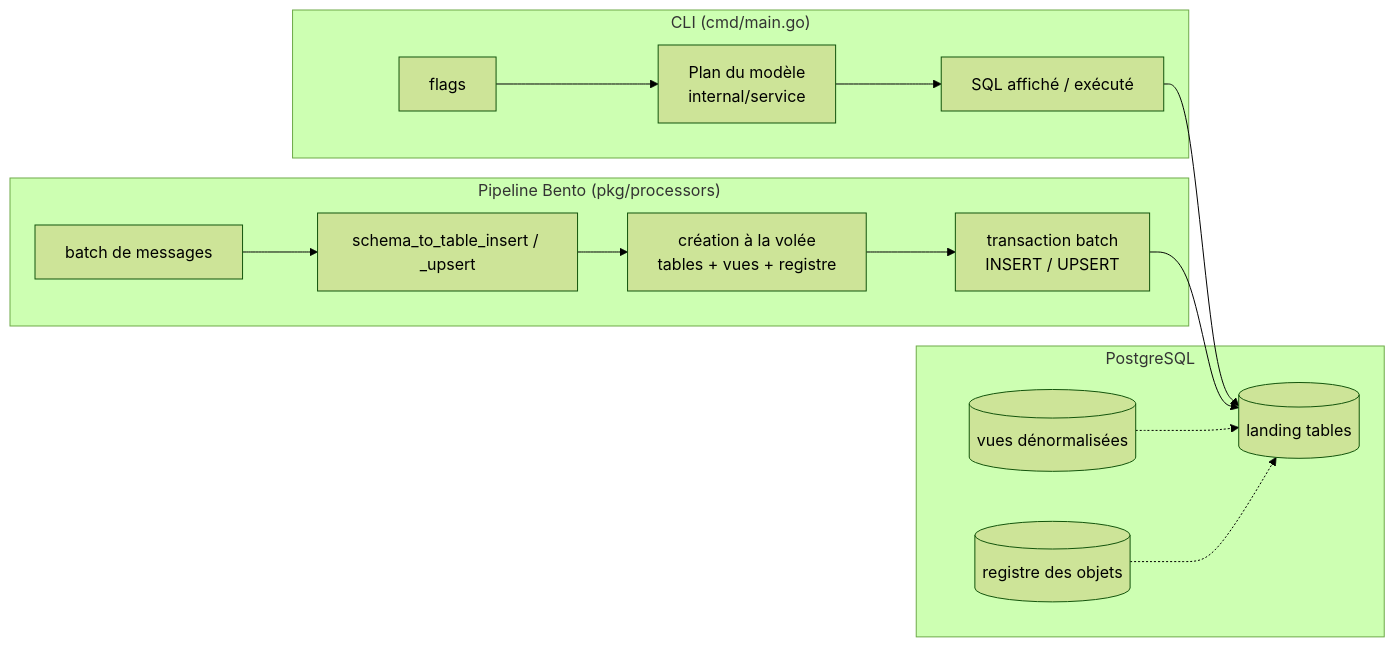
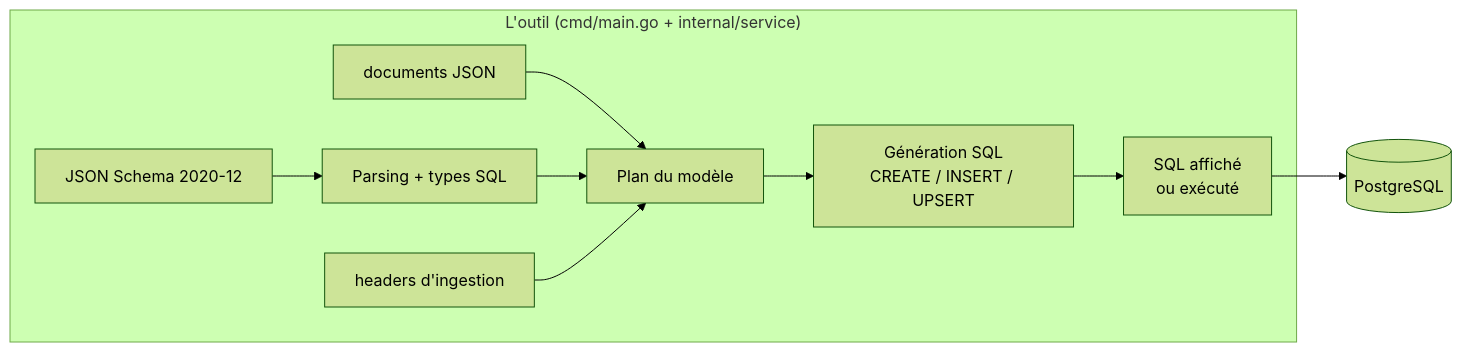
Before and after one commit to laurentpoirierfr/schema-to-table: the diagram in README.md, drawn with Mermaid (forest theme). The commit also changed other lines of this file and 1 other file, not shown here.

Commit message:
init project

````diff
--- a/README.md
+++ b/README.md
@@ -141,21 +141,12 @@
 ```mermaid
 flowchart LR
-    subgraph CLI["CLI (cmd/main.go)"]
-        flags --> plan[Plan du modèle<br/>internal/service]
-        plan --> sql[SQL affiché / exécuté]
+    subgraph Tool["L'outil (cmd/main.go + internal/service)"]
+        schema[JSON Schema 2020-12] --> parse[Parsing + types SQL]
+        data[documents JSON] --> plan[Plan du modèle]
+        parse --> plan
+        headers[headers d'ingestion] --> plan
+        plan --> render[Génération SQL<br/>CREATE / INSERT / UPSERT]
+        render --> out[SQL affiché<br/>ou exécuté]
     end
-    subgraph Bento["Pipeline Bento (pkg/processors)"]
-        batch[batch de messages] --> proc[schema_to_table_insert / _upsert]
-        proc --> lazycreate[création à la volée<br/>tables + vues + registre]
-        lazycreate --> tx[transaction batch<br/>INSERT / UPSERT]
-    end
-    subgraph PG["PostgreSQL"]
-        landing[(landing tables)]
-        views[(vues dénormalisées)]
-        registry[(registre des objets)]
-    end
-    sql --> landing
-    tx --> landing
-    views -.-> landing
-    registry -.-> landing
+    out --> pg[(PostgreSQL)]
 ```
````
